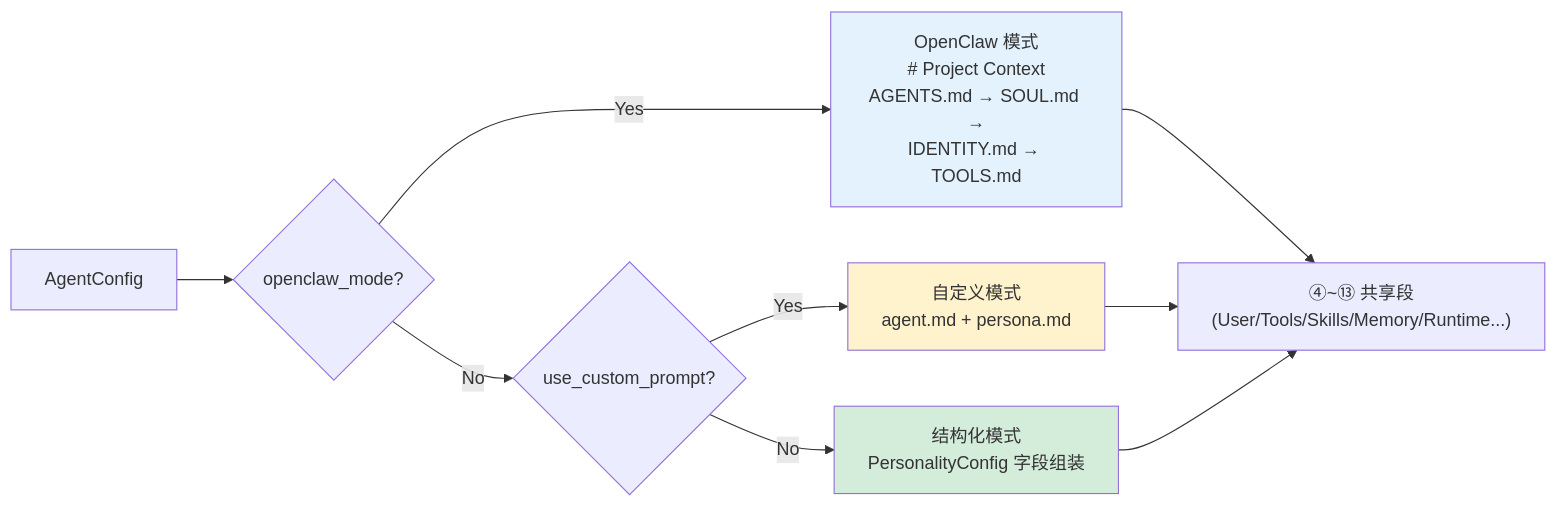
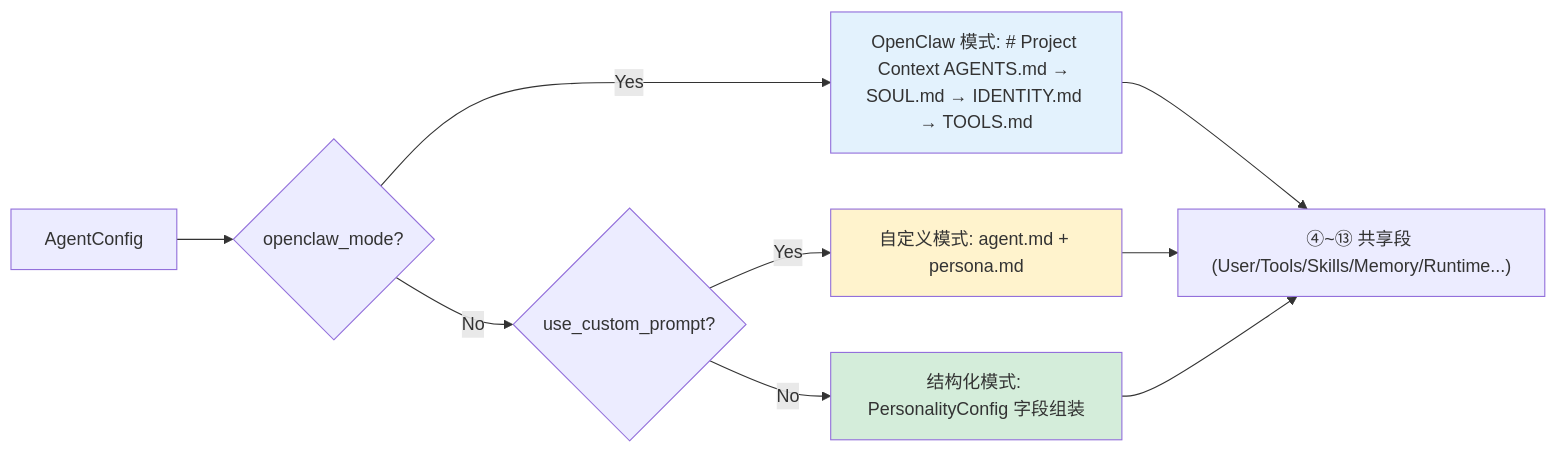
Before and after one commit to shiwenwen/hope-agent: the second of 4 diagrams in docs/architecture/prompt-system.md, drawn with Mermaid. The commit also changed other lines of this file and 16 other files, not shown here.

````diff
--- a/docs/architecture/prompt-system.md
+++ b/docs/architecture/prompt-system.md
@@ -62,14 +58,14 @@
 ```mermaid
 graph LR
     CFG["AgentConfig"] --> C1{"openclaw_mode?"}
-    C1 -- Yes --> OC["OpenClaw 模式\n# Project Context\nAGENTS.md → SOUL.md →\nIDENTITY.md → TOOLS.md"]
+    C1 -- Yes --> OC["OpenClaw 模式: # Project Context AGENTS.md → SOUL.md → IDENTITY.md → TOOLS.md"]
     C1 -- No --> C2{"use_custom_prompt?"}
-    C2 -- Yes --> CP["自定义模式\nagent.md + persona.md"]
-    C2 -- No --> ST["结构化模式\nPersonalityConfig 字段组装"]
-    OC --> REST["④~⑬ 共享段\n(User/Tools/Skills/Memory/Runtime...)"]
+    C2 -- Yes --> CP["自定义模式: agent.md + persona.md"]
+    C2 -- No --> ST["结构化模式: PersonalityConfig 字段组装"]
+    OC --> REST["④~⑬ 共享段 (User/Tools/Skills/Memory/Runtime...)"]
     CP --> REST
     ST --> REST
     style OC fill:#e3f2fd
     style CP fill:#fff3cd
     style ST fill:#d4edda
 ```
````
